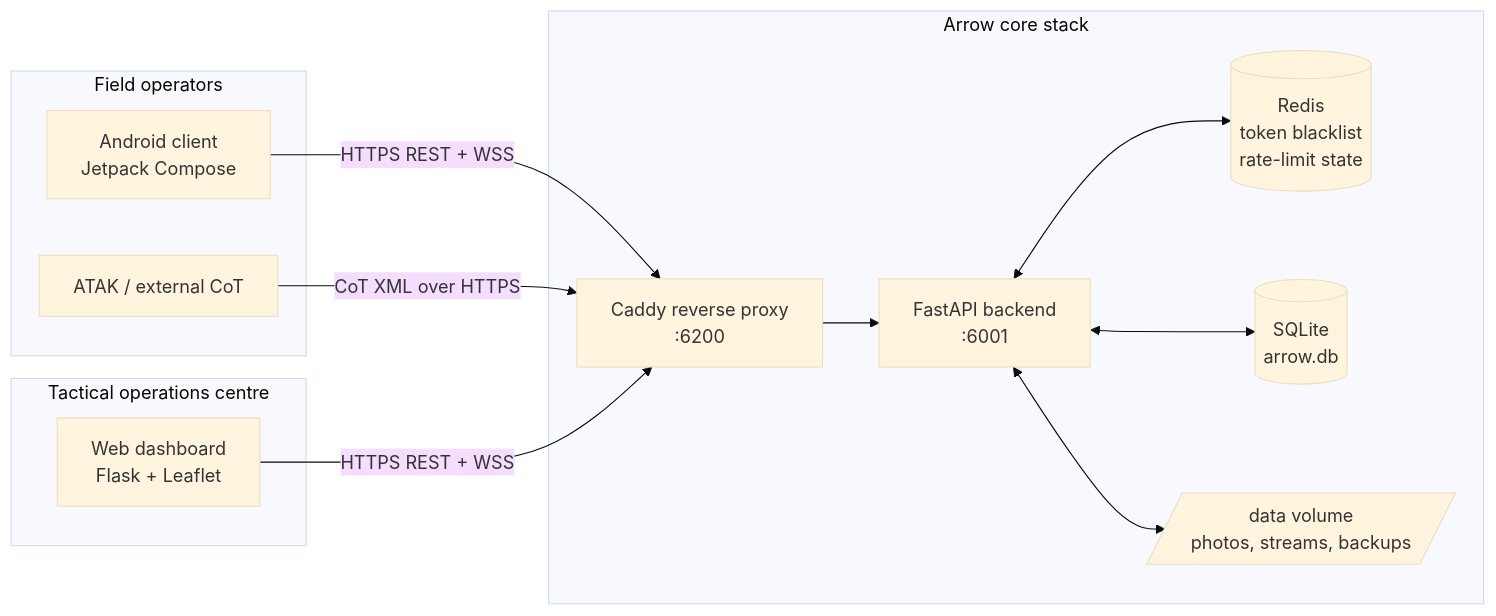
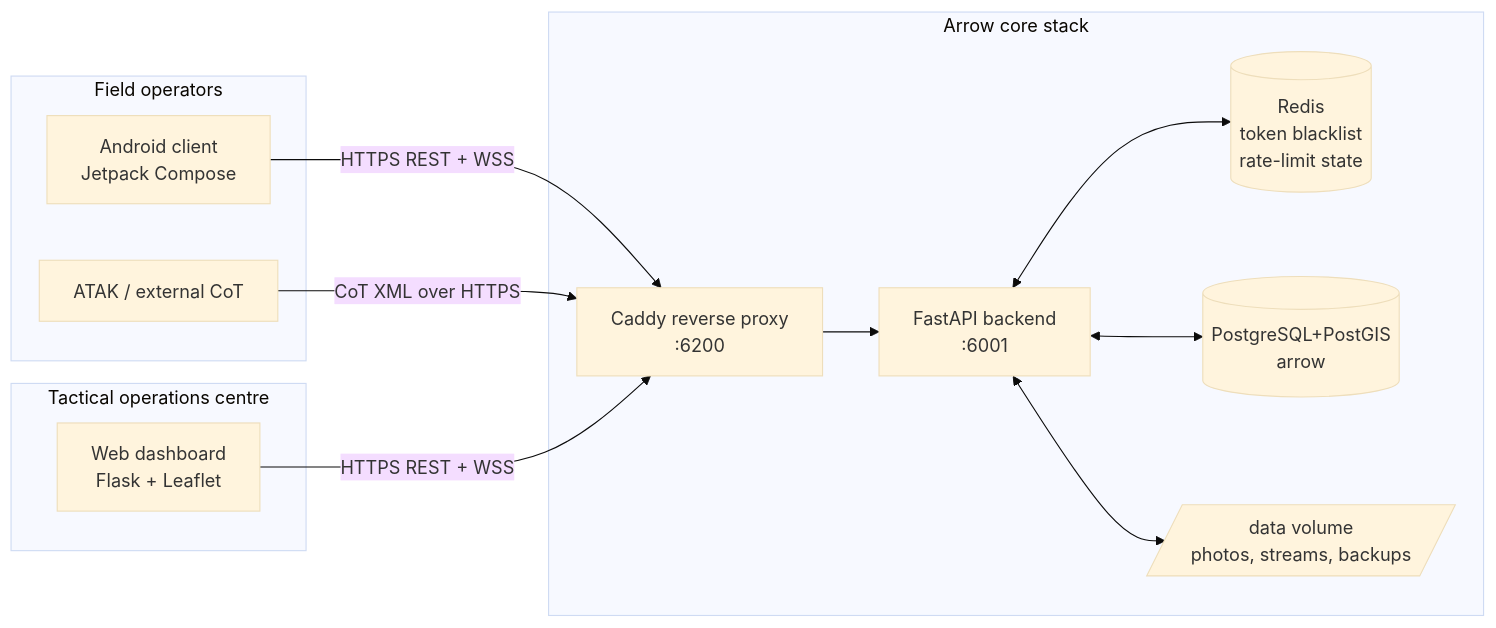
Before and after one commit to BenoitGoethals/Arrow: the first of 12 diagrams in ARCHITECTURE.md, drawn with Mermaid (base theme). The commit also changed other lines of this file and 184 other files, not shown here.

````diff
--- a/ARCHITECTURE.md
+++ b/ARCHITECTURE.md
@@ -18,27 +18,27 @@
 ```mermaid
 flowchart LR
   subgraph Field["Field operators"]
     A1[Android client<br/>Jetpack Compose]
     A2[ATAK / external CoT]
   end
 
   subgraph TOC["Tactical operations centre"]
     W[Web dashboard<br/>Flask + Leaflet]
   end
 
   subgraph Core["Arrow core stack"]
     P[Caddy reverse proxy<br/>:6200]
     B[FastAPI backend<br/>:6001]
     R[(Redis<br/>token blacklist<br/>rate-limit state)]
-    D[(SQLite<br/>arrow.db)]
+    D[(PostgreSQL+PostGIS<br/>arrow)]
     F[/data volume<br/>photos, streams, backups/]
   end
 
   A1 -- HTTPS REST + WSS --> P
   A2 -- CoT XML over HTTPS --> P
   W  -- HTTPS REST + WSS --> P
   P  --> B
   B  <--> R
   B  <--> D
   B  <--> F
 ```
````
